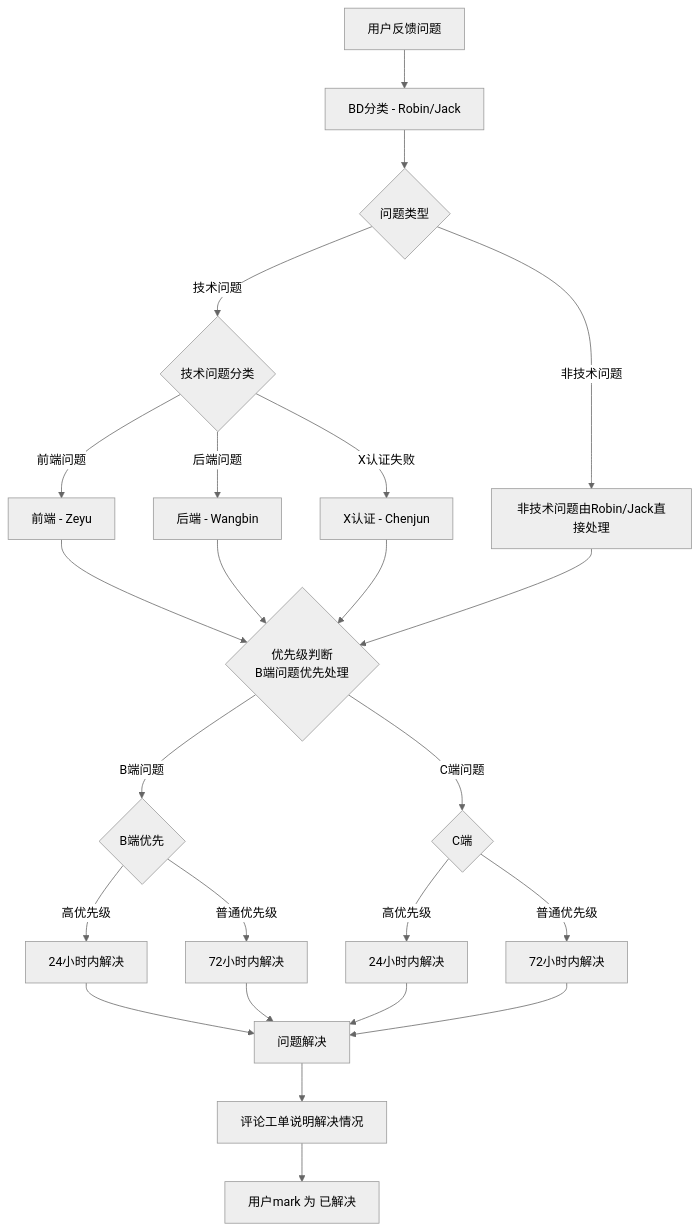
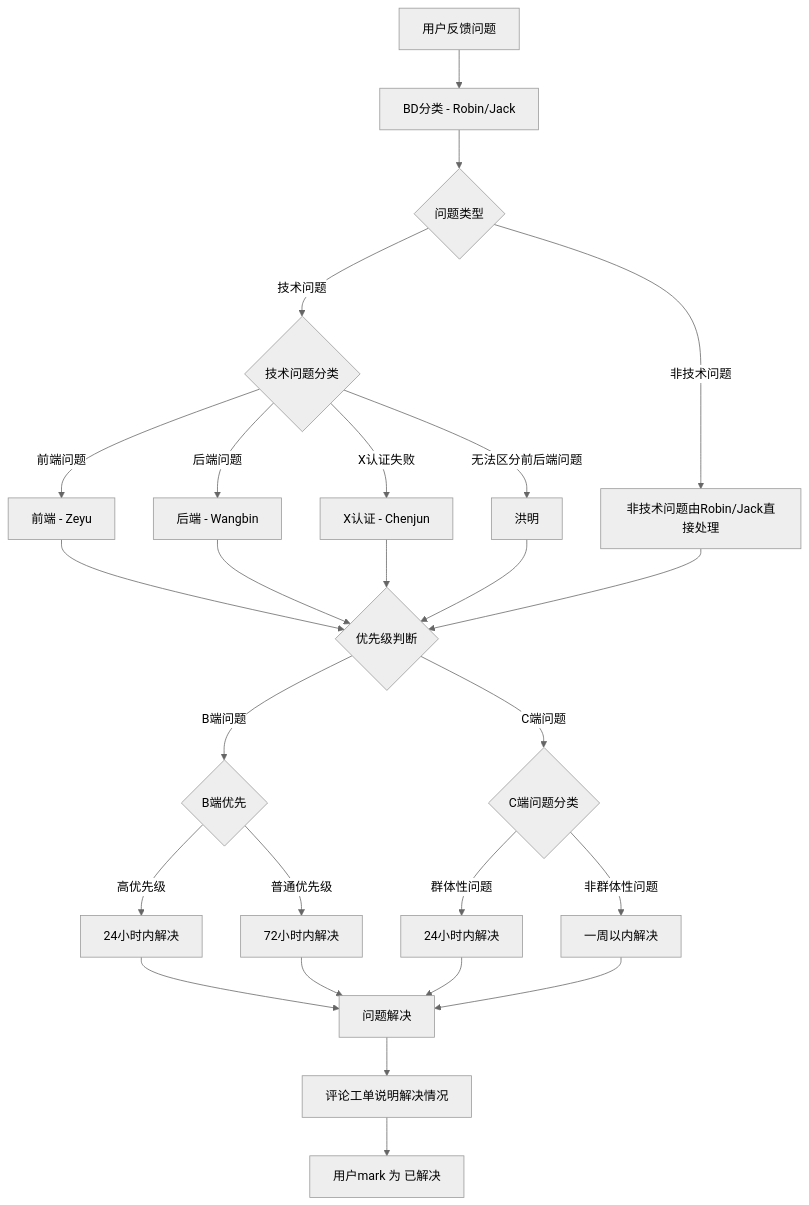
Before and after one commit to Taskon-xyz/PR: the diagram in C端用户反馈工单 处理流程.md, drawn with Mermaid (neutral theme). The commit also changed other lines of this file and 7 other files, not shown here.

````diff
--- a/C端用户反馈工单 处理流程.md
+++ b/C端用户反馈工单 处理流程.md
@@ -5,35 +5,37 @@
 ```mermaid
 flowchart TD
     A[用户反馈问题] --> B[BD分类 - Robin/Jack]
     B --> C{问题类型}
     C -->|技术问题| D{技术问题分类}
     C -->|非技术问题| E[非技术问题由Robin/Jack直接处理]
   
     D -->|前端问题| F[前端 - Zeyu]
     D -->|后端问题| G[后端 - Wangbin]
     D -->|X认证失败| H[X认证 - Chenjun]
+    D -->|无法区分前后端问题| I[洪明]
  
   
-    F --> J{优先级判断<br>B端问题优先处理}
+    F --> J{优先级判断}
     G --> J
     H --> J
+    I --> J
 
     E --> J
   
     J -->|B端问题| K{B端优先}
-    J -->|C端问题| L{C端}
+    J -->|C端问题| L{C端问题分类}
   
     K -->|高优先级| M[24小时内解决]
     K -->|普通优先级| N[72小时内解决]
   
-    L -->|高优先级| O[24小时内解决]
-    L -->|普通优先级| P[72小时内解决]
+    L -->|群体性问题| O[24小时内解决]
+    L -->|非群体性问题| P[一周以内解决]
   
     M --> Q[问题解决]
     N --> Q
     O --> Q
     P --> Q
   
     Q --> R[评论工单说明解决情况]
     R --> S[用户mark 为 已解决]
 ```
````
